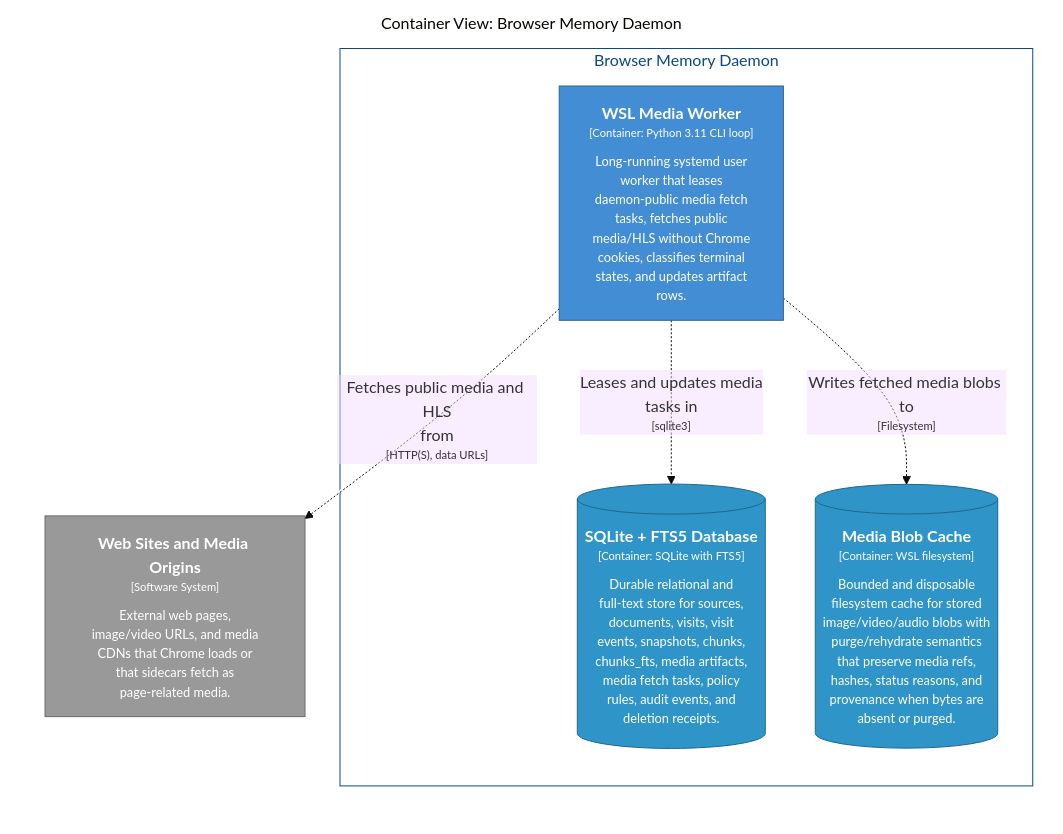
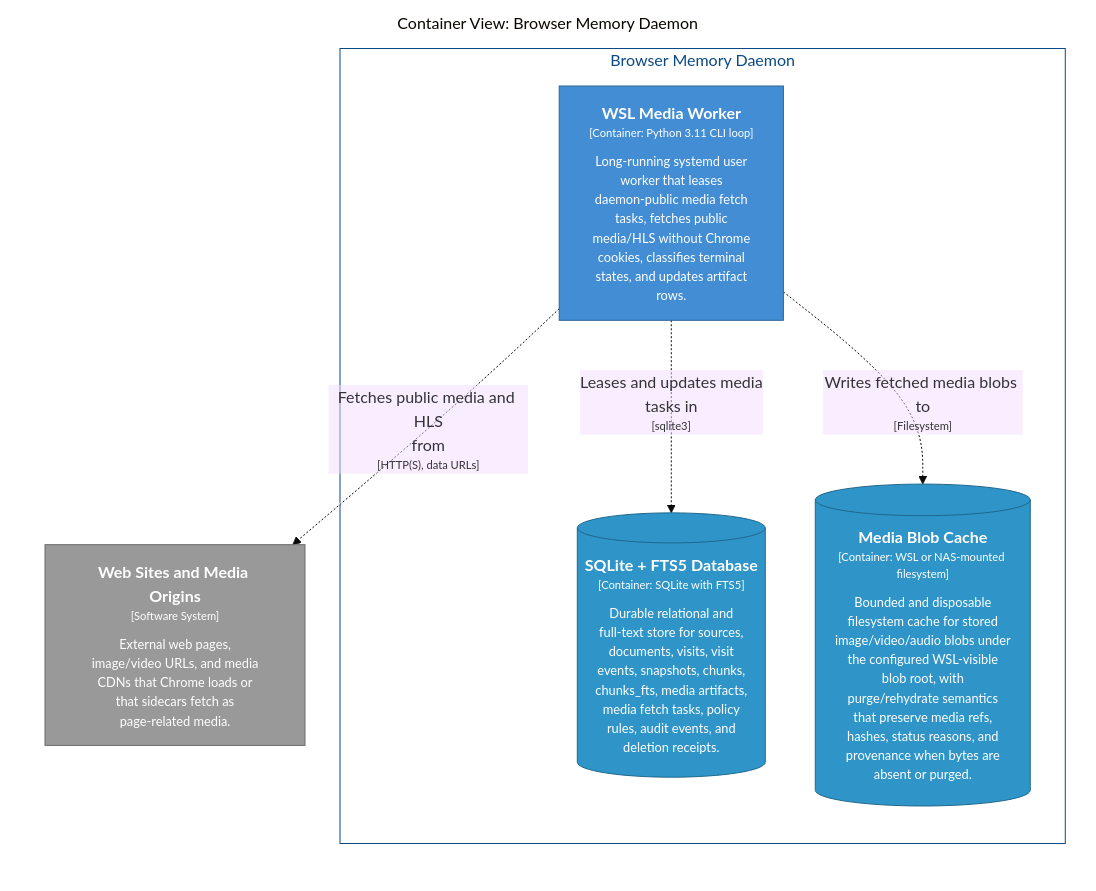
Before and after one commit to michaelnicks0/browser-memory-daemon: the diagram in docs/architecture/diagrams/markdown/DaemonMediaWorkerContainers.md, drawn with Mermaid (base theme). The commit also changed 148 other files, not shown here.

Commit message:
feat: support NAS-backed blob root

````diff
--- a/docs/architecture/diagrams/markdown/DaemonMediaWorkerContainers.md
+++ b/docs/architecture/diagrams/markdown/DaemonMediaWorkerContainers.md
@@ -16,27 +16,27 @@
 ```mermaid
 graph LR
   linkStyle default fill:#ffffff
 
   subgraph diagram ["Container View: Browser Memory Daemon"]
     style diagram fill:#ffffff,stroke:#ffffff
 
     3["<div style='font-weight: bold'>Web Sites and Media Origins</div><div style='font-size: 70%; margin-top: 0px'>[Software System]</div><div style='font-size: 80%; margin-top:10px'>External web pages,<br />image/video URLs, and media<br />CDNs that Chrome loads or<br />that sidecars fetch as<br />page-related media.</div>"]
     style 3 fill:#999999,stroke:#6b6b6b,color:#ffffff
 
     subgraph 4 ["Browser Memory Daemon"]
       style 4 fill:#ffffff,stroke:#0b4884,color:#0b4884
 
       24["<div style='font-weight: bold'>WSL Media Worker</div><div style='font-size: 70%; margin-top: 0px'>[Container: Python 3.11 CLI loop]</div><div style='font-size: 80%; margin-top:10px'>Long-running systemd user<br />worker that leases<br />daemon-public media fetch<br />tasks, fetches public<br />media/HLS without Chrome<br />cookies, classifies terminal<br />states, and updates artifact<br />rows.</div>"]
       style 24 fill:#438dd5,stroke:#2e6295,color:#ffffff
       27[("<div style='font-weight: bold'>SQLite + FTS5 Database</div><div style='font-size: 70%; margin-top: 0px'>[Container: SQLite with FTS5]</div><div style='font-size: 80%; margin-top:10px'>Durable relational and<br />full-text store for sources,<br />documents, visits, visit<br />events, snapshots, chunks,<br />chunks_fts, media artifacts,<br />media fetch tasks, policy<br />rules, audit events, and<br />deletion receipts.</div>")]
       style 27 fill:#2f95c8,stroke:#20688c,color:#ffffff
-      29[("<div style='font-weight: bold'>Media Blob Cache</div><div style='font-size: 70%; margin-top: 0px'>[Container: WSL filesystem]</div><div style='font-size: 80%; margin-top:10px'>Bounded and disposable<br />filesystem cache for stored<br />image/video/audio blobs with<br />purge/rehydrate semantics<br />that preserve media refs,<br />hashes, status reasons, and<br />provenance when bytes are<br />absent or purged.</div>")]
+      29[("<div style='font-weight: bold'>Media Blob Cache</div><div style='font-size: 70%; margin-top: 0px'>[Container: WSL or NAS-mounted filesystem]</div><div style='font-size: 80%; margin-top:10px'>Bounded and disposable<br />filesystem cache for stored<br />image/video/audio blobs under<br />the configured WSL-visible<br />blob root, with<br />purge/rehydrate semantics<br />that preserve media refs,<br />hashes, status reasons, and<br />provenance when bytes are<br />absent or purged.</div>")]
       style 29 fill:#2f95c8,stroke:#20688c,color:#ffffff
     end
 
     24-. "<div>Leases and updates media<br />tasks in</div><div style='font-size: 70%'>[sqlite3]</div>" .->27
     24-. "<div>Fetches public media and HLS<br />from</div><div style='font-size: 70%'>[HTTP(S), data URLs]</div>" .->3
     24-. "<div>Writes fetched media blobs to</div><div style='font-size: 70%'>[Filesystem]</div>" .->29
 
   end
 ```
````
